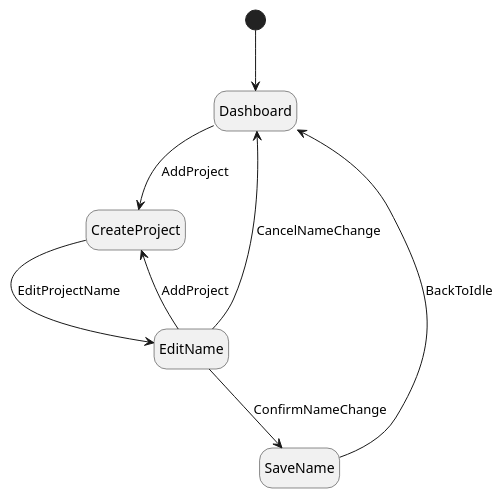
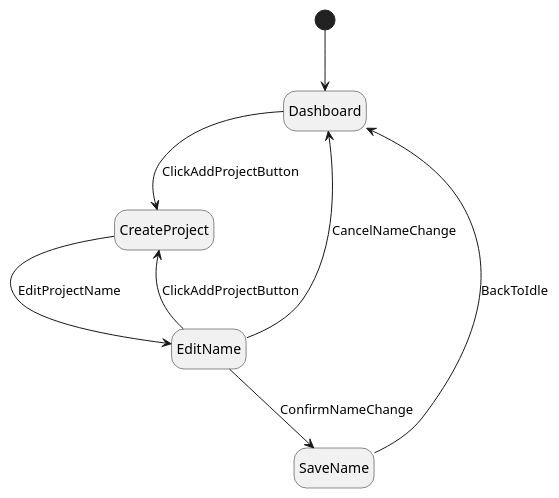
One commit to JoaoCostaIFG/tvvs changed the diagram in assignments/4_model_based_testing/state_machines/state_machine_1.puml. Above: the diagram before and after it, drawn with PlantUML. The commit also changed 5 other files, not shown here.

```diff
--- a/assignments/4_model_based_testing/state_machines/state_machine_1.puml
+++ b/assignments/4_model_based_testing/state_machines/state_machine_1.puml
@@ -1,16 +1,16 @@
 @startuml
 hide empty description
 
 [*] --> Dashboard
 
-Dashboard -d-> CreateProject : AddProject
+Dashboard -d-> CreateProject : ClickAddProjectButton
 
 CreateProject -d-> EditName : EditProjectName
 
-EditName -u-> CreateProject : AddProject
+EditName -u-> CreateProject : ClickAddProjectButton
 EditName -d-> SaveName : ConfirmNameChange
 EditName -u-> Dashboard : CancelNameChange
 
 SaveName -u-> Dashboard : BackToIdle
 
 @enduml
```
